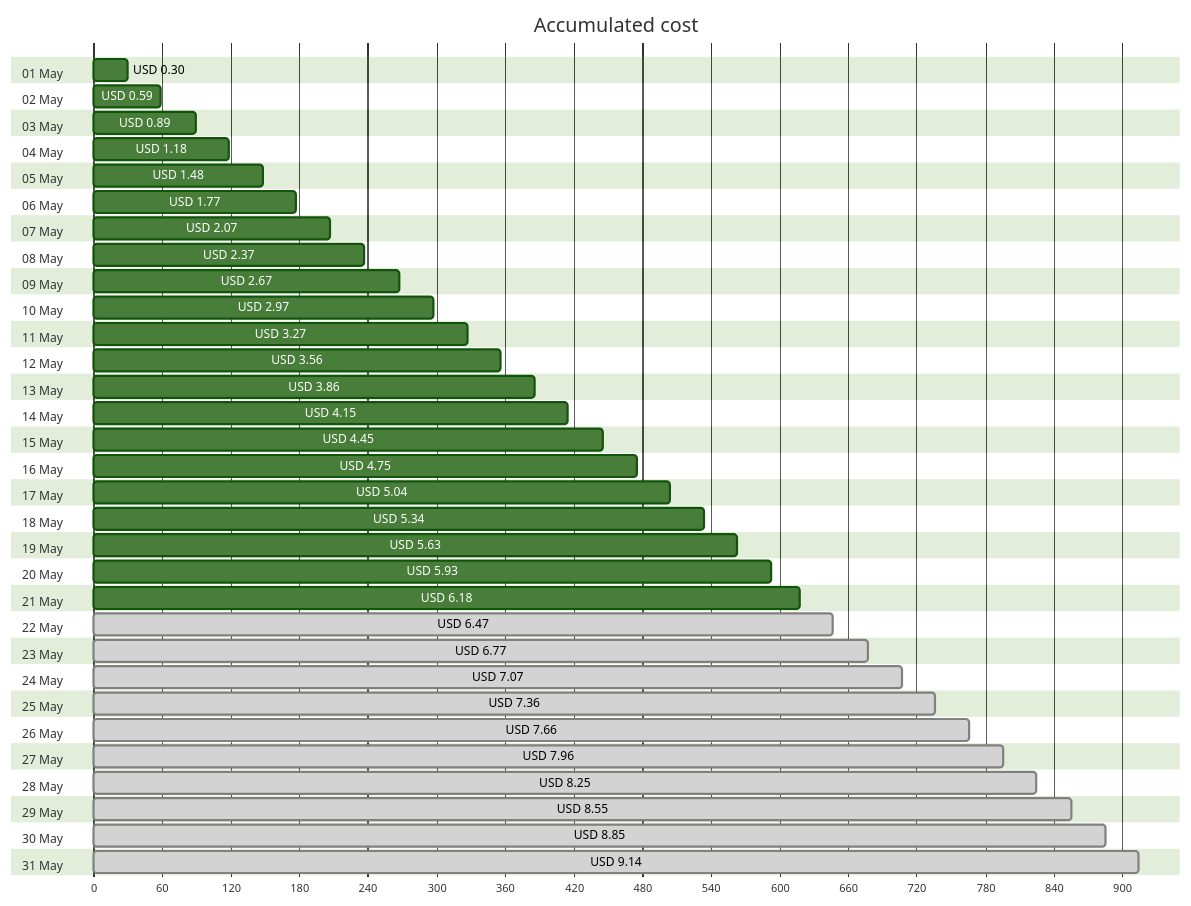
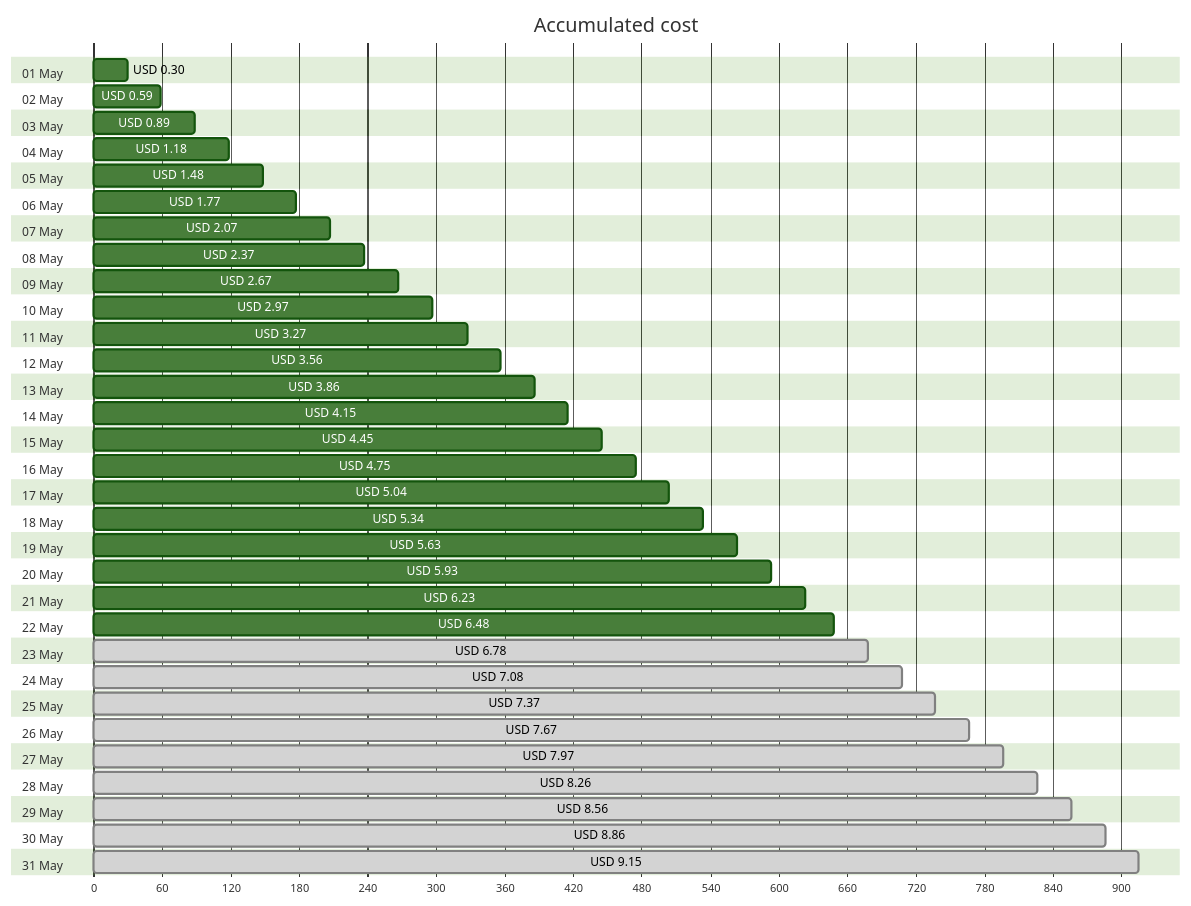
The first of 4 diagrams in cost-reports/personal-site/personal-site-preview.md (jpfulton/azure-personal-reports), drawn with Mermaid (forest theme) before and after one commit. The commit also changed other lines of this file and 6 other files, not shown here.

````diff
--- a/cost-reports/personal-site/personal-site-preview.md
+++ b/cost-reports/personal-site/personal-site-preview.md
@@ -20,68 +20,68 @@
 ```mermaid
 gantt
    title Accumulated cost
    dateFormat  X
    axisFormat %s
    section 01 May
    USD 0.30 :0, 30
    section 02 May
    USD 0.59 :0, 59
    section 03 May
    USD 0.89 :0, 89
    section 04 May
    USD 1.18 :0, 118
    section 05 May
    USD 1.48 :0, 148
    section 06 May
    USD 1.77 :0, 177
    section 07 May
    USD 2.07 :0, 207
    section 08 May
    USD 2.37 :0, 237
    section 09 May
    USD 2.67 :0, 267
    section 10 May
    USD 2.97 :0, 297
    section 11 May
    USD 3.27 :0, 327
    section 12 May
    USD 3.56 :0, 356
    section 13 May
    USD 3.86 :0, 386
    section 14 May
    USD 4.15 :0, 415
    section 15 May
    USD 4.45 :0, 445
    section 16 May
    USD 4.75 :0, 475
    section 17 May
    USD 5.04 :0, 504
    section 18 May
    USD 5.34 :0, 534
    section 19 May
    USD 5.63 :0, 563
    section 20 May
    USD 5.93 :0, 593
    section 21 May
-   USD 6.18 :0, 618
+   USD 6.23 :0, 623
    section 22 May
-   USD 6.47 : done, 0, 647
+   USD 6.48 :0, 648
    section 23 May
-   USD 6.77 : done, 0, 677
+   USD 6.78 : done, 0, 678
    section 24 May
-   USD 7.07 : done, 0, 707
+   USD 7.08 : done, 0, 708
    section 25 May
-   USD 7.36 : done, 0, 736
+   USD 7.37 : done, 0, 737
    section 26 May
-   USD 7.66 : done, 0, 766
+   USD 7.67 : done, 0, 767
    section 27 May
-   USD 7.96 : done, 0, 796
+   USD 7.97 : done, 0, 797
    section 28 May
-   USD 8.25 : done, 0, 825
+   USD 8.26 : done, 0, 826
    section 29 May
-   USD 8.55 : done, 0, 855
+   USD 8.56 : done, 0, 856
    section 30 May
-   USD 8.85 : done, 0, 885
+   USD 8.86 : done, 0, 886
    section 31 May
-   USD 9.14 : done, 0, 914
+   USD 9.15 : done, 0, 915
 ```
````
